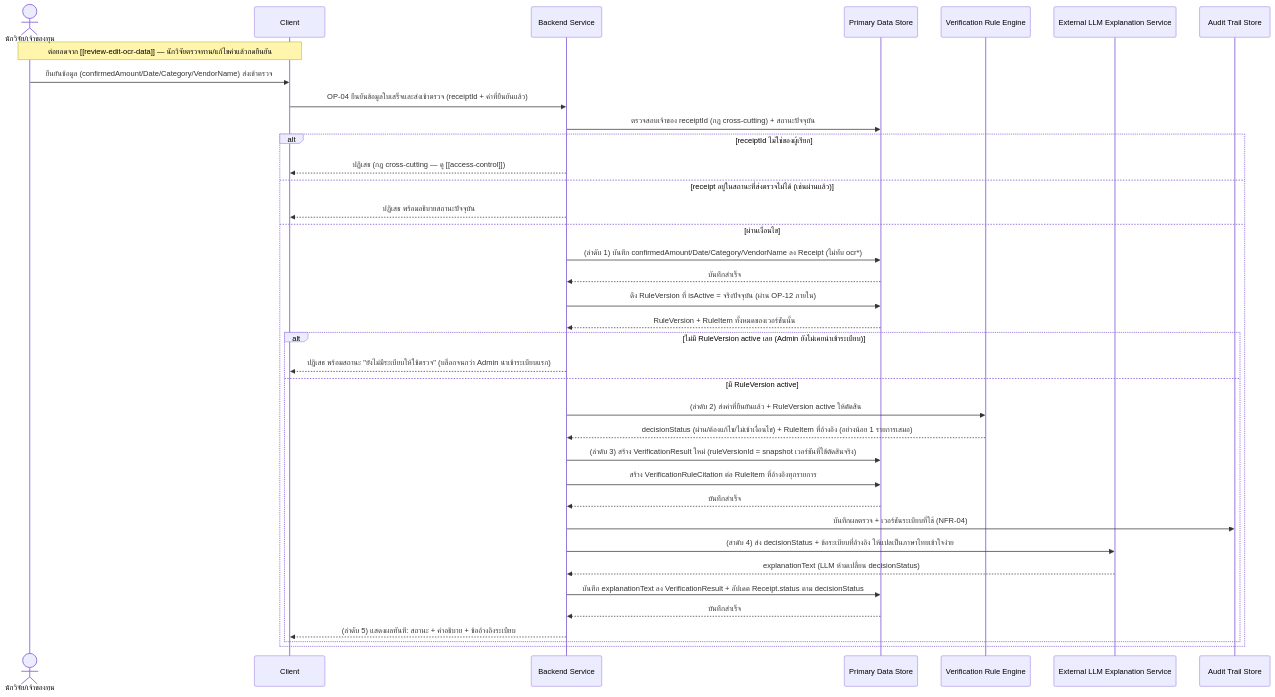
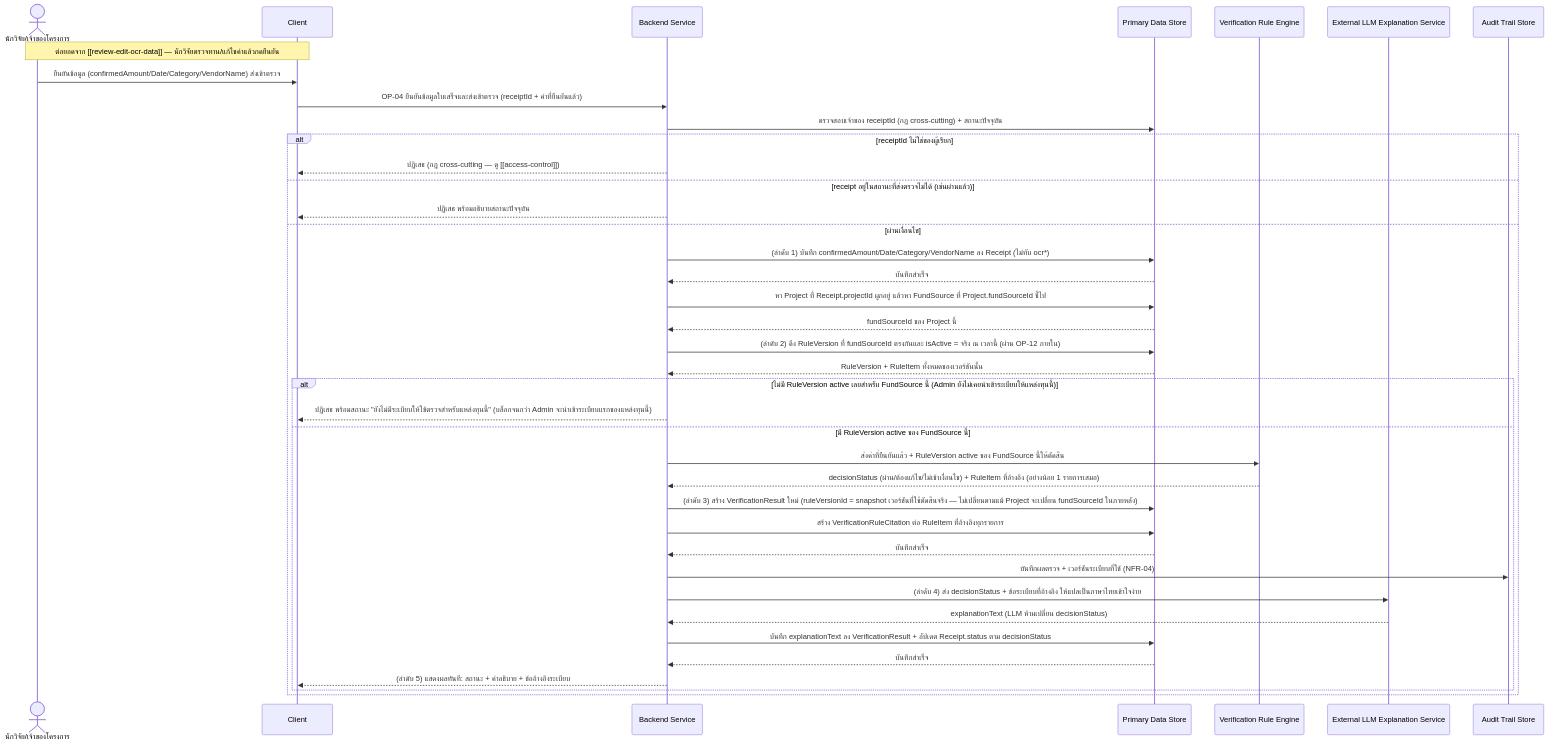
The first of 2 diagrams in docs/02-design/02-technical/detailed-design/rule-engine-verification.md (ptrsswnr/Grant-Receipt-Assistant), drawn with Mermaid before and after one commit. The commit also changed other lines of this file and 18 other files, not shown here.

First line of the commit message:
Cascade FundSource/Project split through technical design

````diff
--- a/docs/02-design/02-technical/detailed-design/rule-engine-verification.md
+++ b/docs/02-design/02-technical/detailed-design/rule-engine-verification.md
@@ -29,40 +36,42 @@
 ```mermaid
 sequenceDiagram
-    actor R as นักวิจัย/เจ้าของทุน
+    actor R as นักวิจัย/เจ้าของโครงการ
     participant C as Client
     participant B as Backend Service
     participant DS as Primary Data Store
     participant RE as Verification Rule Engine
     participant L as External LLM Explanation Service
     participant AT as Audit Trail Store
 
     Note over R,C: ต่อยอดจาก [[review-edit-ocr-data]] — นักวิจัยตรวจทาน/แก้ไขค่าแล้วกดยืนยัน
     R->>C: ยืนยันข้อมูล (confirmedAmount/Date/Category/VendorName) ส่งเข้าตรวจ
     C->>B: OP-04 ยืนยันข้อมูลใบเสร็จและส่งเข้าตรวจ (receiptId + ค่าที่ยืนยันแล้ว)
     B->>DS: ตรวจสอบเจ้าของ receiptId (กฎ cross-cutting) + สถานะปัจจุบัน
     alt receiptId ไม่ใช่ของผู้เรียก
         B-->>C: ปฏิเสธ (กฎ cross-cutting — ดู [[access-control]])
     else receipt อยู่ในสถานะที่ส่งตรวจไม่ได้ (เช่นผ่านแล้ว)
         B-->>C: ปฏิเสธ พร้อมอธิบายสถานะปัจจุบัน
     else ผ่านเงื่อนไข
         B->>DS: (ลำดับ 1) บันทึก confirmedAmount/Date/Category/VendorName ลง Receipt (ไม่ทับ ocr*)
         DS-->>B: บันทึกสำเร็จ
-        B->>DS: ดึง RuleVersion ที่ isActive = จริงปัจจุบัน (ผ่าน OP-12 ภายใน)
+        B->>DS: หา Project ที่ Receipt.projectId ผูกอยู่ แล้วหา FundSource ที่ Project.fundSourceId ชี้ไป
+        DS-->>B: fundSourceId ของ Project นี้
+        B->>DS: (ลำดับ 2) ดึง RuleVersion ที่ fundSourceId ตรงกันและ isActive = จริง ณ เวลานี้ (ผ่าน OP-12 ภายใน)
         DS-->>B: RuleVersion + RuleItem ทั้งหมดของเวอร์ชันนั้น
-        alt ไม่มี RuleVersion active เลย (Admin ยังไม่เคยนำเข้าระเบียบ)
-            B-->>C: ปฏิเสธ พร้อมสถานะ "ยังไม่มีระเบียบให้ใช้ตรวจ" (บล็อกจนกว่า Admin นำเข้าระเบียบแรก)
-        else มี RuleVersion active
-            B->>RE: (ลำดับ 2) ส่งค่าที่ยืนยันแล้ว + RuleVersion active ให้ตัดสิน
+        alt ไม่มี RuleVersion active เลยสำหรับ FundSource นี้ (Admin ยังไม่เคยนำเข้าระเบียบให้แหล่งทุนนี้)
+            B-->>C: ปฏิเสธ พร้อมสถานะ "ยังไม่มีระเบียบให้ใช้ตรวจสำหรับแหล่งทุนนี้" (บล็อกจนกว่า Admin จะนำเข้าระเบียบแรกของแหล่งทุนนี้)
+        else มี RuleVersion active ของ FundSource นี้
+            B->>RE: ส่งค่าที่ยืนยันแล้ว + RuleVersion active ของ FundSource นี้ให้ตัดสิน
             RE-->>B: decisionStatus (ผ่าน/ต้องแก้ไข/ไม่เข้าเงื่อนไข) + RuleItem ที่อ้างอิง (อย่างน้อย 1 รายการเสมอ)
-            B->>DS: (ลำดับ 3) สร้าง VerificationResult ใหม่ (ruleVersionId = snapshot เวอร์ชันที่ใช้ตัดสินจริง)
+            B->>DS: (ลำดับ 3) สร้าง VerificationResult ใหม่ (ruleVersionId = snapshot เวอร์ชันที่ใช้ตัดสินจริง — ไม่เปลี่ยนตามแม้ Project จะเปลี่ยน fundSourceId ในภายหลัง)
             B->>DS: สร้าง VerificationRuleCitation ต่อ RuleItem ที่อ้างอิงทุกรายการ
             DS-->>B: บันทึกสำเร็จ
             B->>AT: บันทึกผลตรวจ + เวอร์ชันระเบียบที่ใช้ (NFR-04)
             B->>L: (ลำดับ 4) ส่ง decisionStatus + ข้อระเบียบที่อ้างอิง ให้แปลเป็นภาษาไทยเข้าใจง่าย
             L-->>B: explanationText (LLM ห้ามเปลี่ยน decisionStatus)
             B->>DS: บันทึก explanationText ลง VerificationResult + อัปเดต Receipt.status ตาม decisionStatus
             DS-->>B: บันทึกสำเร็จ
             B-->>C: (ลำดับ 5) แสดงผลทันที: สถานะ + คำอธิบาย + ข้ออ้างอิงระเบียบ
         end
     end
 ```
````
